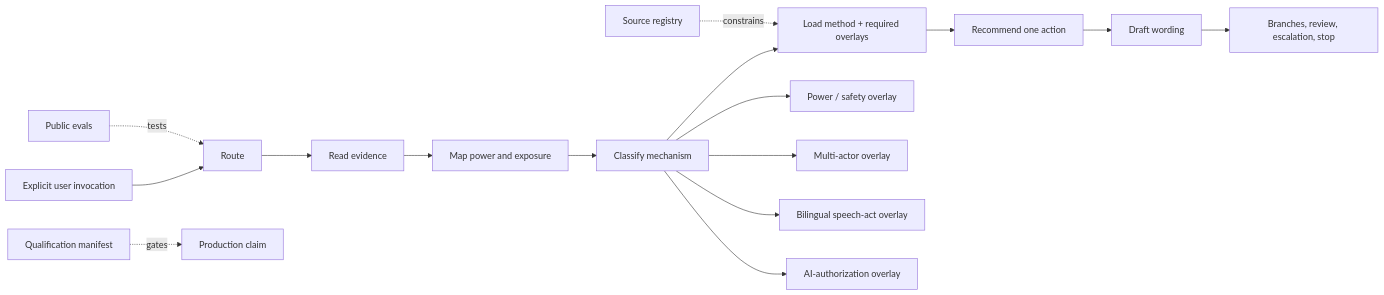
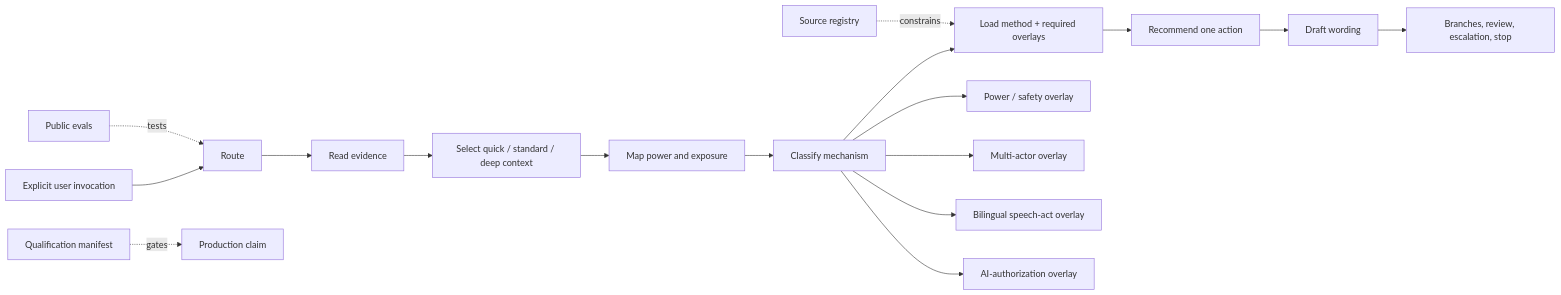
The diagram in README.md (haitaowu12/interpersonal-strategist), drawn with Mermaid before and after one commit. The commit also changed other lines of this file and 24 other files, not shown here.

First line of the commit message:
Add adaptive deep-context mode and governed case memory (#4)

````diff
--- a/README.md
+++ b/README.md
@@ -49,20 +52,21 @@
 ```mermaid
 flowchart LR
     U["Explicit user invocation"] --> R["Route"]
     R --> E["Read evidence"]
-    E --> P["Map power and exposure"]
+    E --> D["Select quick / standard / deep context"]
+    D --> P["Map power and exposure"]
     P --> C["Classify mechanism"]
     C --> M["Load method + required overlays"]
     M --> A["Recommend one action"]
     A --> W["Draft wording"]
     W --> B["Branches, review, escalation, stop"]
 
     C --> O1["Power / safety overlay"]
     C --> O2["Multi-actor overlay"]
     C --> O3["Bilingual speech-act overlay"]
     C --> O4["AI-authorization overlay"]
 
     S["Source registry"] -. constrains .-> M
     T["Public evals"] -. tests .-> R
     Q["Qualification manifest"] -. gates .-> Z["Production claim"]
 ```
````
